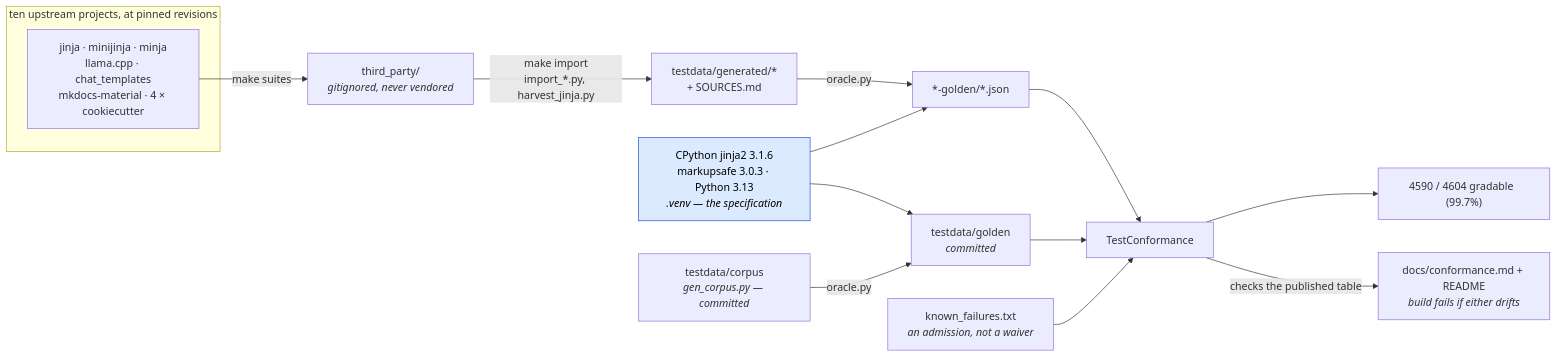
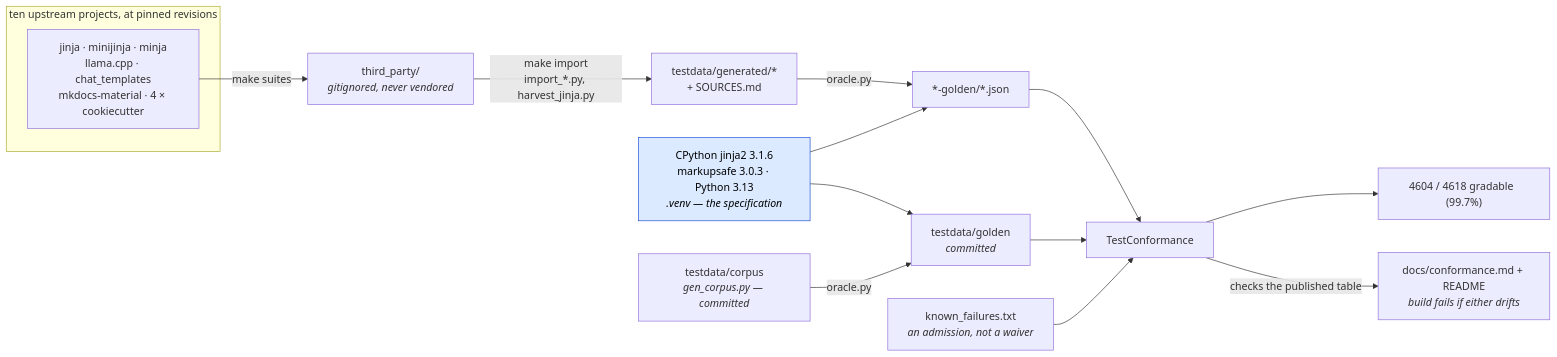
Before and after one commit to mgilbir/gojja2: the first of 2 diagrams in docs/conformance.md, drawn with Mermaid. The commit also changed other lines of this file and 46 other files, not shown here.

````diff
--- a/docs/conformance.md
+++ b/docs/conformance.md
@@ -17,24 +17,24 @@
 ```mermaid
 flowchart LR
     subgraph up["ten upstream projects, at pinned revisions"]
         U1["jinja · minijinja · minja<br/>llama.cpp · chat_templates<br/>mkdocs-material · 4 × cookiecutter"]
     end
     U1 -->|"make suites"| TP["third_party/<br/><i>gitignored, never vendored</i>"]
     TP -->|"make import<br/>import_*.py, harvest_jinja.py"| GEN["testdata/generated/*<br/>+ SOURCES.md"]
 
     ORA["CPython jinja2 3.1.6<br/>markupsafe 3.0.3 · Python 3.13<br/><i>.venv — the specification</i>"]
     GEN -->|"oracle.py"| G2["*-golden/*.json"]
     ORA --> G2
 
     OWN["testdata/corpus<br/><i>gen_corpus.py — committed</i>"] -->|"oracle.py"| G1["testdata/golden<br/><i>committed</i>"]
     ORA --> G1
 
     G1 --> TC["TestConformance"]
     G2 --> TC
     KF["known_failures.txt<br/><i>an admission, not a waiver</i>"] --> TC
-    TC --> RATE["4590 / 4604 gradable  (99.7%)"]
+    TC --> RATE["4604 / 4618 gradable  (99.7%)"]
     TC -->|"checks the published table"| RM["docs/conformance.md + README<br/><i>build fails if either drifts</i>"]
 
     classDef spec fill:#dbeafe,stroke:#1d4ed8,color:#000
     class ORA spec
 ```
````
